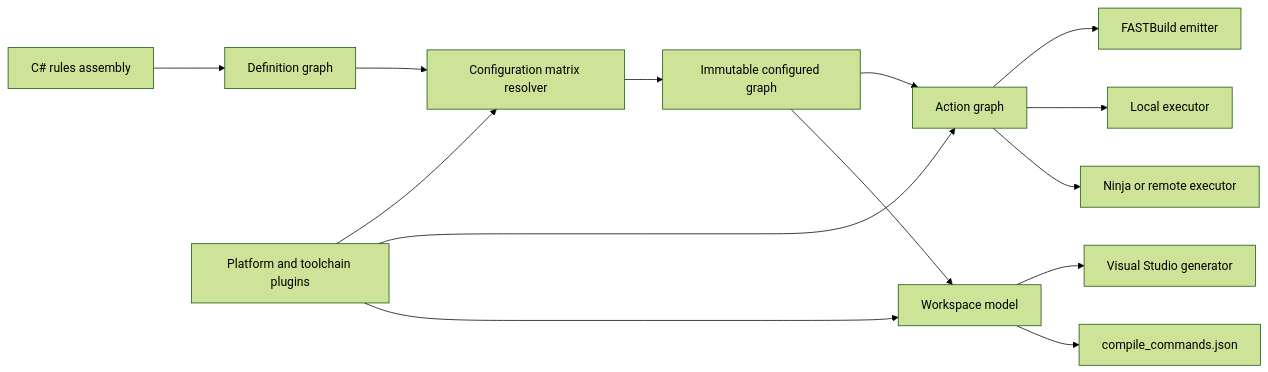
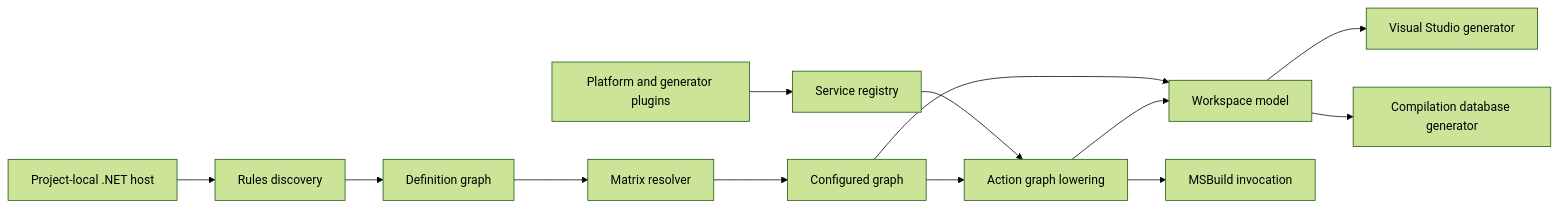
One commit to EvanLuo42/RoxyBuildTool changed the diagram in docs/architecture.md. Above: the diagram before and after it, drawn with Mermaid (forest theme). The commit also changed other lines of this file and 36 other files, not shown here.

````diff
--- a/docs/architecture.md
+++ b/docs/architecture.md
@@ -16,16 +35,15 @@
 ```mermaid
 flowchart LR
-    Rules["C# rules assembly"] --> Definitions["Definition graph"]
-    Plugins["Platform and toolchain plugins"] --> Matrix["Configuration matrix resolver"]
-    Definitions --> Matrix
-    Matrix --> Configured["Immutable configured graph"]
-    Configured --> Actions["Action graph"]
+    Host["Project-local .NET host"] --> Discovery["Rules discovery"]
+    Plugins["Platform and generator plugins"] --> Registry["Service registry"]
+    Discovery --> Definitions["Definition graph"]
+    Definitions --> Matrix["Matrix resolver"]
+    Matrix --> Configured["Configured graph"]
+    Registry --> Actions["Action graph lowering"]
+    Configured --> Actions
     Configured --> Workspace["Workspace model"]
-    Actions --> FastBuild["FASTBuild emitter"]
-    Actions --> Local["Local executor"]
-    Actions --> Future["Ninja or remote executor"]
+    Actions --> Workspace
     Workspace --> VS["Visual Studio generator"]
-    Workspace --> CompileDB["compile_commands.json"]
-    Plugins --> Actions
-    Plugins --> Workspace
+    Workspace --> CompileDB["Compilation database generator"]
+    Actions --> Build["MSBuild invocation"]
 ```
````
